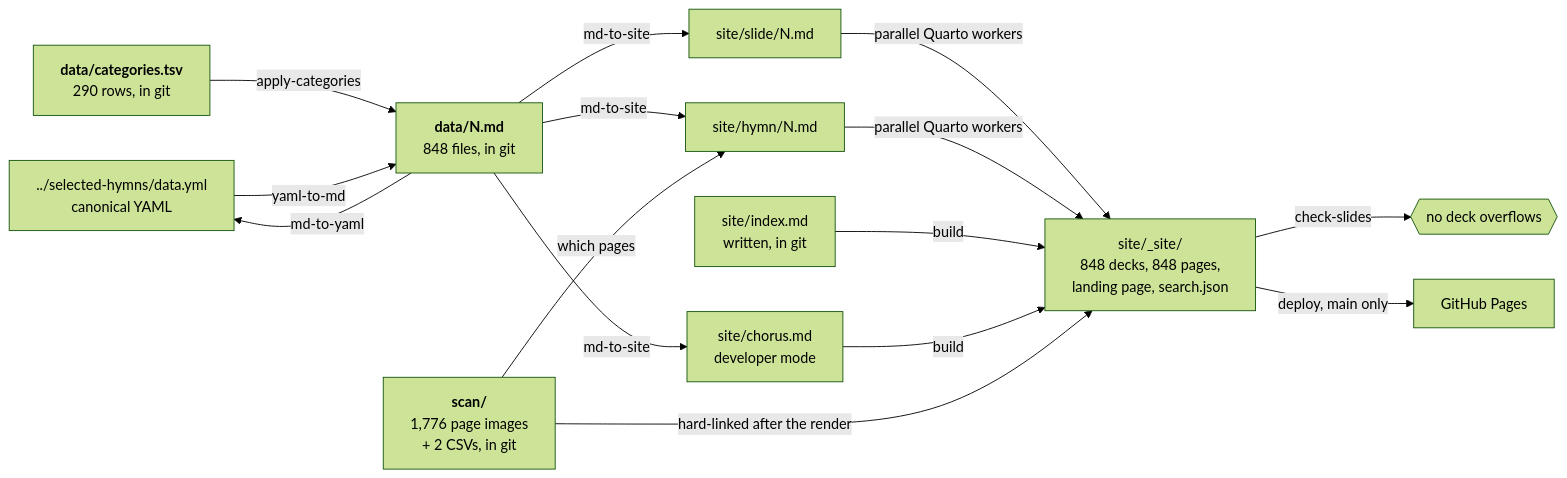
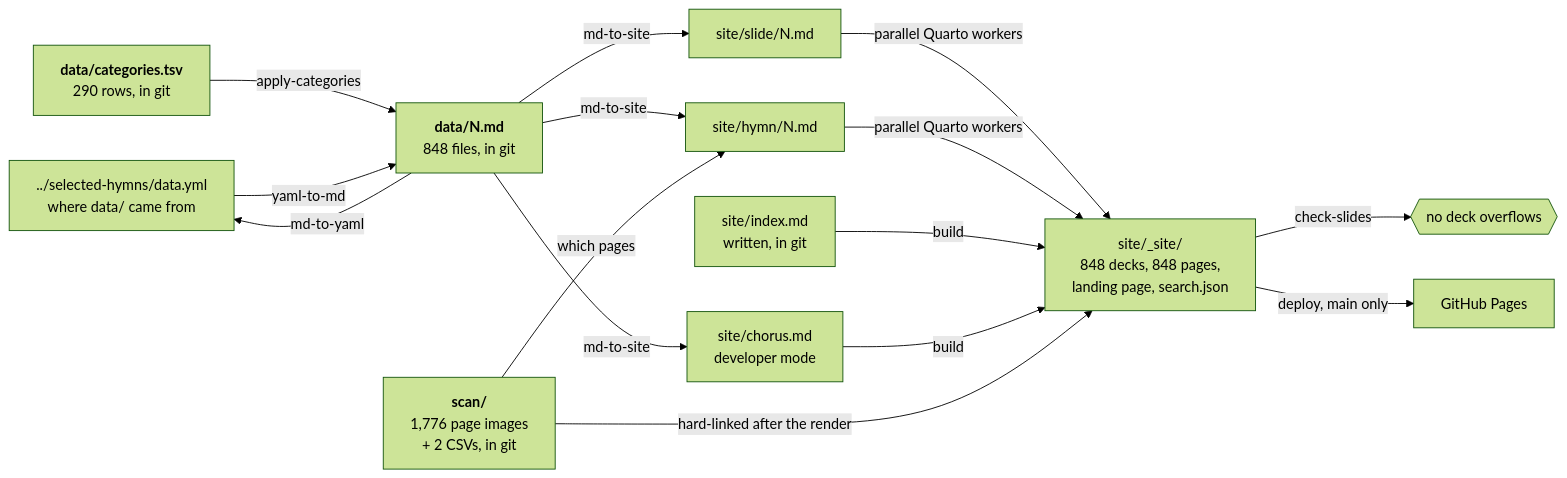
The first of 3 diagrams in DEVELOPER.md (ickc/selected-hymns-and-songs), drawn with Mermaid (forest theme) before and after one commit. The commit also changed other lines of this file and 12 other files, not shown here.

First line of the commit message:
Correct eight hymns against the scanned pages, and diverge from data.yml

````diff
--- a/DEVELOPER.md
+++ b/DEVELOPER.md
@@ -19,28 +21,28 @@
 ```mermaid
 flowchart LR
-  yaml["../selected-hymns/data.yml<br/>canonical YAML"]
+  yaml["../selected-hymns/data.yml<br/>where data/ came from"]
   md["<b>data/N.md</b><br/>848 files, in git"]
   scan["<b>scan/</b><br/>1,776 page images<br/>+ 2 CSVs, in git"]
   cats["<b>data/categories.tsv</b><br/>290 rows, in git"]
   slide["site/slide/N.md"]
   page["site/hymn/N.md"]
   index["site/index.md<br/>written, in git"]
   chorus["site/chorus.md<br/>developer mode"]
   built["site/_site/<br/>848 decks, 848 pages,<br/>landing page, search.json"]
   pages["GitHub Pages"]
 
   cats -- "apply-categories" --> md
   yaml -- "yaml-to-md" --> md
   md -- "md-to-yaml" --> yaml
   md -- "md-to-site" --> slide
   md -- "md-to-site" --> page
   md -- "md-to-site" --> chorus
   scan -- "which pages" --> page
   slide -- "parallel Quarto workers" --> built
   page -- "parallel Quarto workers" --> built
   index -- "build" --> built
   chorus -- "build" --> built
   scan -- "hard-linked after the render" --> built
   built -- "check-slides" --> checked{{"no deck overflows"}}
   built -- "deploy, main only" --> pages
 ```
````
